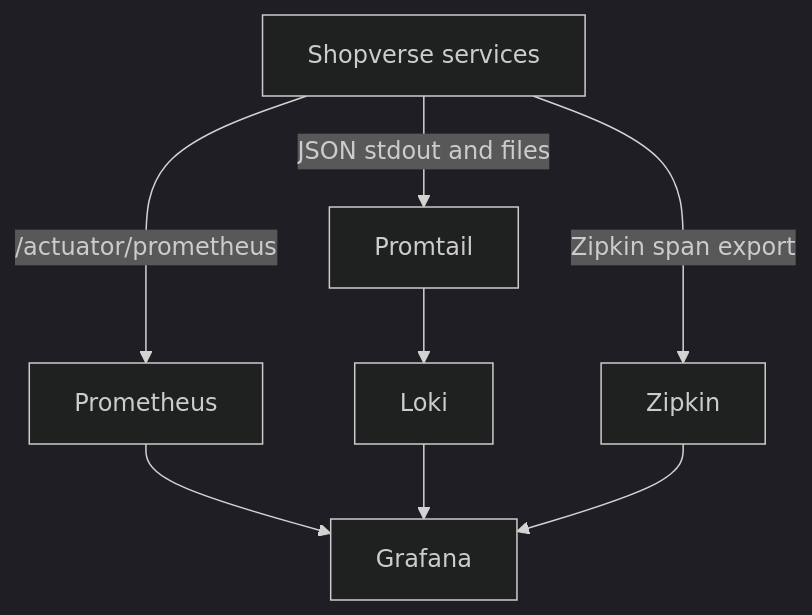
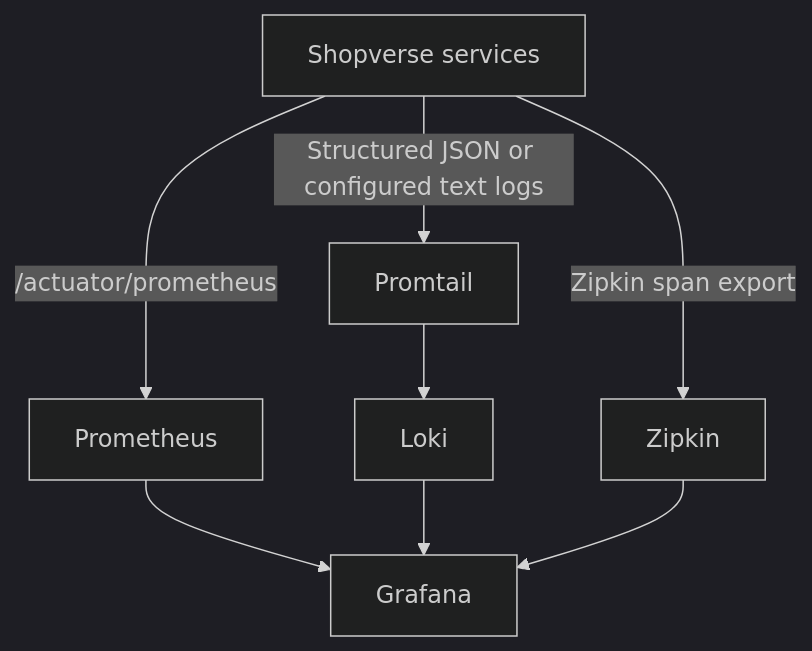
Before and after one commit to taukhir/shopverse: the diagram in docs/observability/OBSERVABILITY.md, drawn with Mermaid (dark theme). The commit also changed other lines of this file and 33 other files, not shown here.

````diff
--- a/docs/observability/OBSERVABILITY.md
+++ b/docs/observability/OBSERVABILITY.md
@@ -13,11 +16,11 @@
 ```mermaid
 flowchart TB
     S[Shopverse services]
     S -->|/actuator/prometheus| P[Prometheus]
-    S -->|JSON stdout and files| PT[Promtail]
+    S -->|Structured JSON or configured text logs| PT[Promtail]
     PT --> L[Loki]
     S -->|Zipkin span export| Z[Zipkin]
     P --> G[Grafana]
     L --> G
     Z --> G
 ```
````
